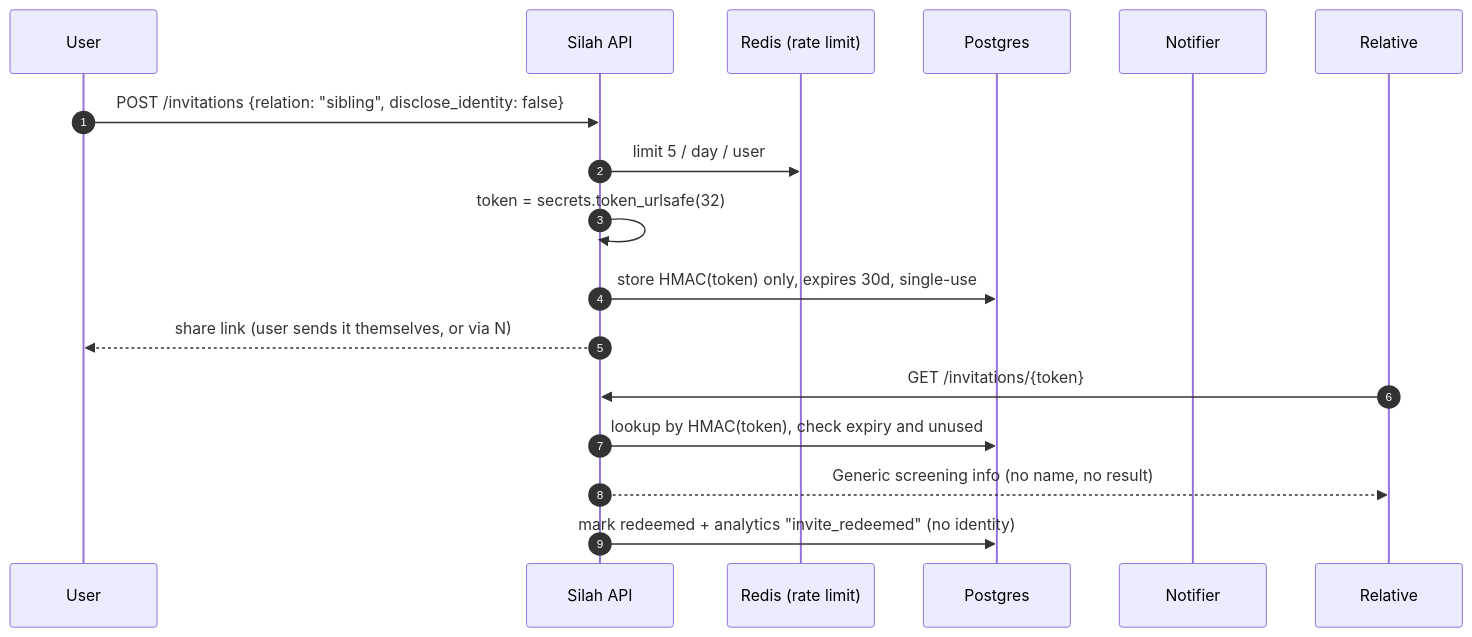
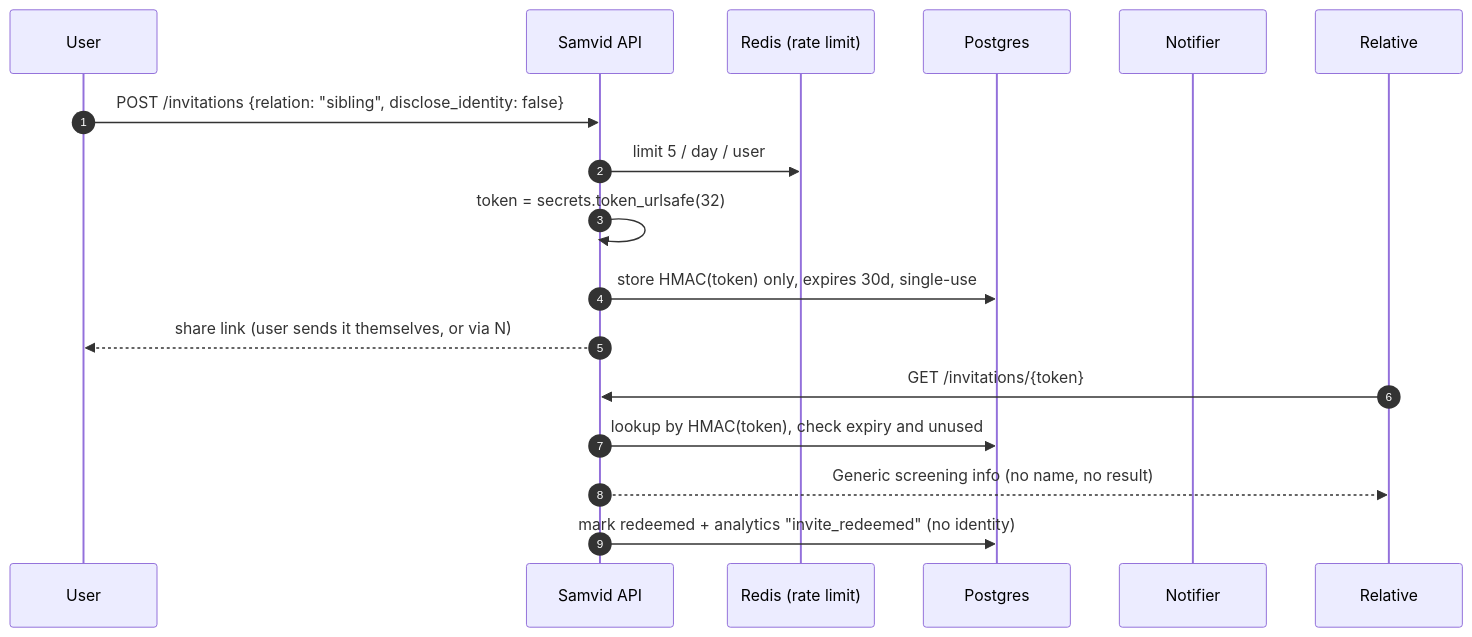
The tenth of 12 diagrams in docs/backend.md (YaduvanshiHimanshunfsu/Future-Health-Digital-Innovation-Challenge), drawn with Mermaid before and after one commit. The commit also changed other lines of this file and 244 other files, not shown here.

````diff
--- a/docs/backend.md
+++ b/docs/backend.md
@@ -435,19 +437,19 @@
 ```mermaid
 sequenceDiagram
     autonumber
     participant U as User
-    participant API as Silah API
+    participant API as Samvid API
     participant R as Redis (rate limit)
     participant DB as Postgres
     participant N as Notifier
     participant Rel as Relative
     U->>API: POST /invitations {relation: "sibling", disclose_identity: false}
     API->>R: limit 5 / day / user
     API->>API: token = secrets.token_urlsafe(32)
     API->>DB: store HMAC(token) only, expires 30d, single-use
     API-->>U: share link (user sends it themselves, or via N)
     Rel->>API: GET /invitations/{token}
     API->>DB: lookup by HMAC(token), check expiry and unused
     API-->>Rel: Generic screening info (no name, no result)
     API->>DB: mark redeemed + analytics "invite_redeemed" (no identity)
 ```
````
